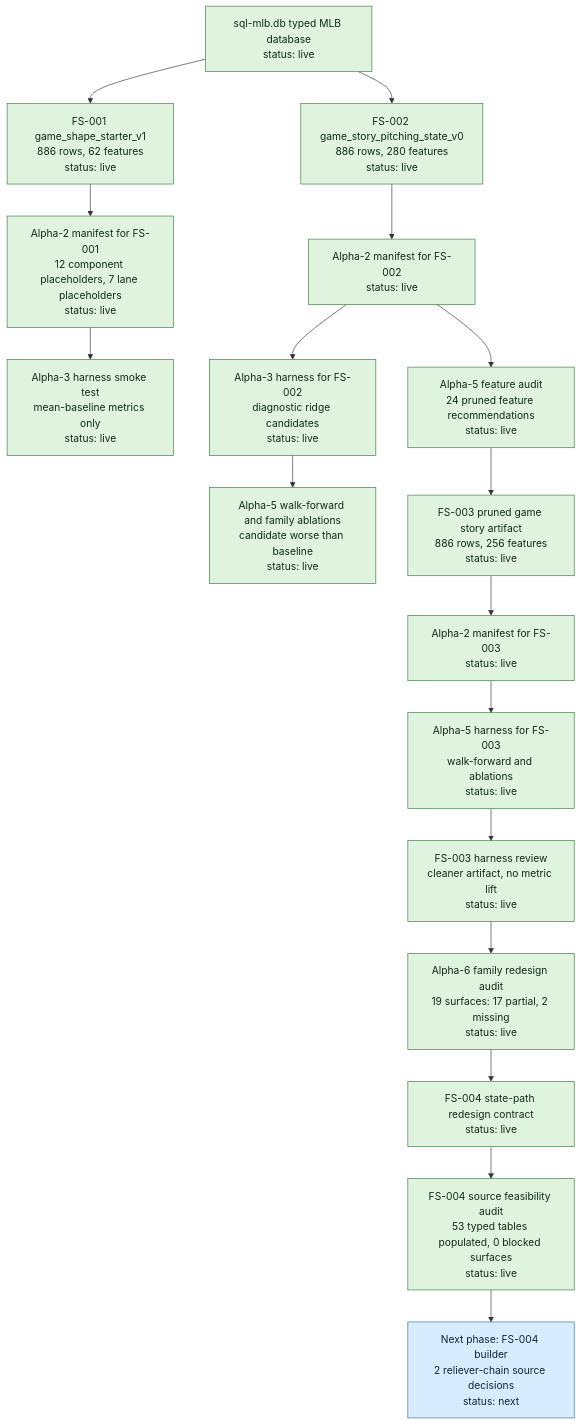
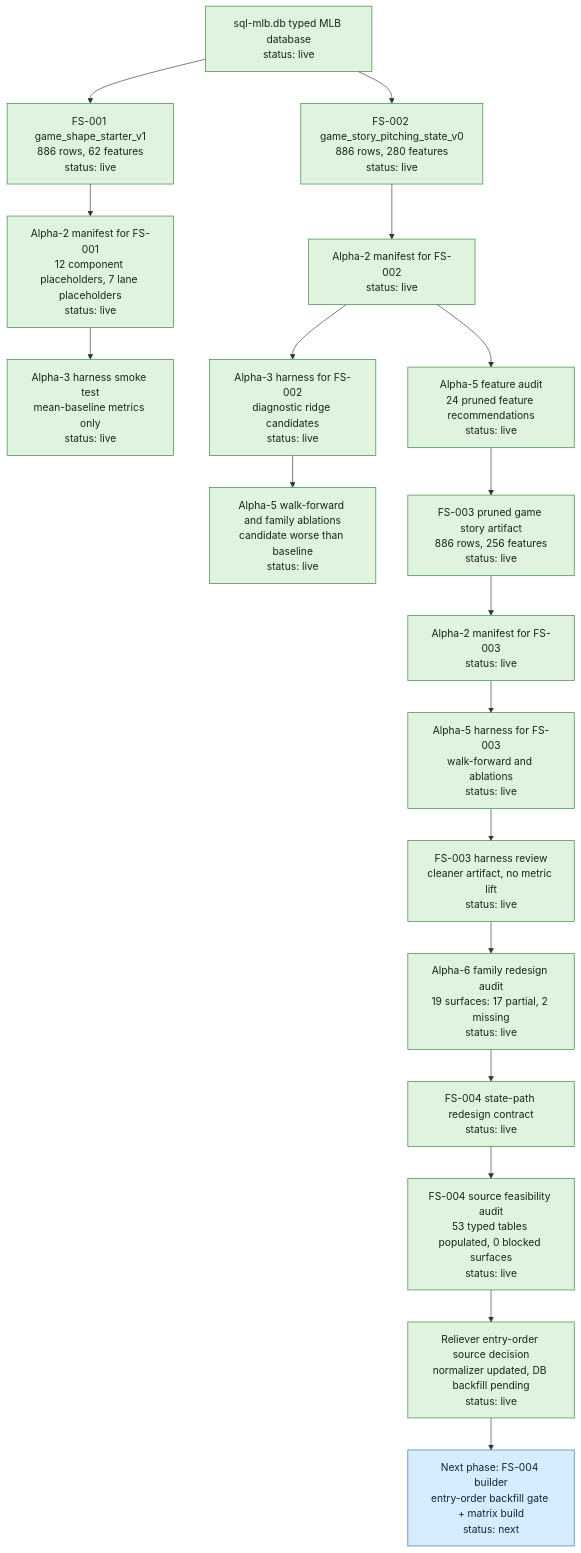
The first of 4 diagrams in run-plans/mlb/2026-06-03-mlb-m3-alpha-state-progress.md (jiancchen/SlateAi), drawn with Mermaid before and after one commit. The commit also changed other lines of this file and 12 other files, not shown here.

First line of the commit message:
Record FS-004 reliever chain source decision

````diff
--- a/run-plans/mlb/2026-06-03-mlb-m3-alpha-state-progress.md
+++ b/run-plans/mlb/2026-06-03-mlb-m3-alpha-state-progress.md
@@ -50,30 +50,31 @@
 ```mermaid
 flowchart TD
   SQL["sql-mlb.db typed MLB database<br/>status: live"] --> FS001["FS-001 game_shape_starter_v1<br/>886 rows, 62 features<br/>status: live"]
   SQL --> FS002["FS-002 game_story_pitching_state_v0<br/>886 rows, 280 features<br/>status: live"]
 
   FS001 --> M001["Alpha-2 manifest for FS-001<br/>12 component placeholders, 7 lane placeholders<br/>status: live"]
   M001 --> H001["Alpha-3 harness smoke test<br/>mean-baseline metrics only<br/>status: live"]
 
   FS002 --> M002["Alpha-2 manifest for FS-002<br/>status: live"]
   M002 --> H002["Alpha-3 harness for FS-002<br/>diagnostic ridge candidates<br/>status: live"]
   M002 --> A002["Alpha-5 feature audit<br/>24 pruned feature recommendations<br/>status: live"]
   H002 --> WF002["Alpha-5 walk-forward and family ablations<br/>candidate worse than baseline<br/>status: live"]
 
   A002 --> FS003["FS-003 pruned game story artifact<br/>886 rows, 256 features<br/>status: live"]
   FS003 --> M003["Alpha-2 manifest for FS-003<br/>status: live"]
   M003 --> H003["Alpha-5 harness for FS-003<br/>walk-forward and ablations<br/>status: live"]
   H003 --> R003["FS-003 harness review<br/>cleaner artifact, no metric lift<br/>status: live"]
 
   R003 --> A6["Alpha-6 family redesign audit<br/>19 surfaces: 17 partial, 2 missing<br/>status: live"]
   A6 --> C004["FS-004 state-path redesign contract<br/>status: live"]
   C004 --> S004["FS-004 source feasibility audit<br/>53 typed tables populated, 0 blocked surfaces<br/>status: live"]
-  S004 --> NEXT["Next phase: FS-004 builder<br/>2 reliever-chain source decisions<br/>status: next"]
+  S004 --> D004["Reliever entry-order source decision<br/>normalizer updated, DB backfill pending<br/>status: live"]
+  D004 --> NEXT["Next phase: FS-004 builder<br/>entry-order backfill gate + matrix build<br/>status: next"]
 
   classDef live fill:#dff3df,stroke:#367c39,color:#102b13;
   classDef partial fill:#fff2c2,stroke:#927000,color:#332800;
   classDef next fill:#d7ecff,stroke:#2f6f9f,color:#0d2638;
 
-  class SQL,FS001,FS002,M001,H001,M002,H002,A002,WF002,FS003,M003,H003,R003,A6,C004,S004 live;
+  class SQL,FS001,FS002,M001,H001,M002,H002,A002,WF002,FS003,M003,H003,R003,A6,C004,S004,D004 live;
   class NEXT next;
 ```
````
